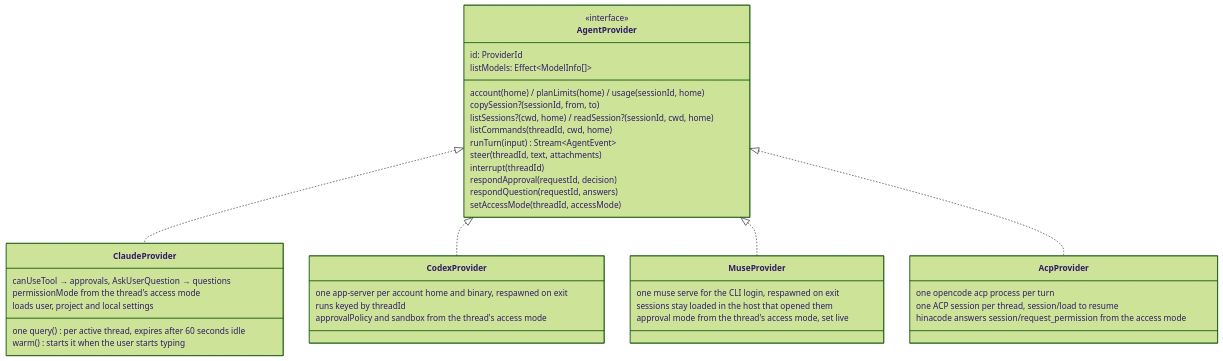
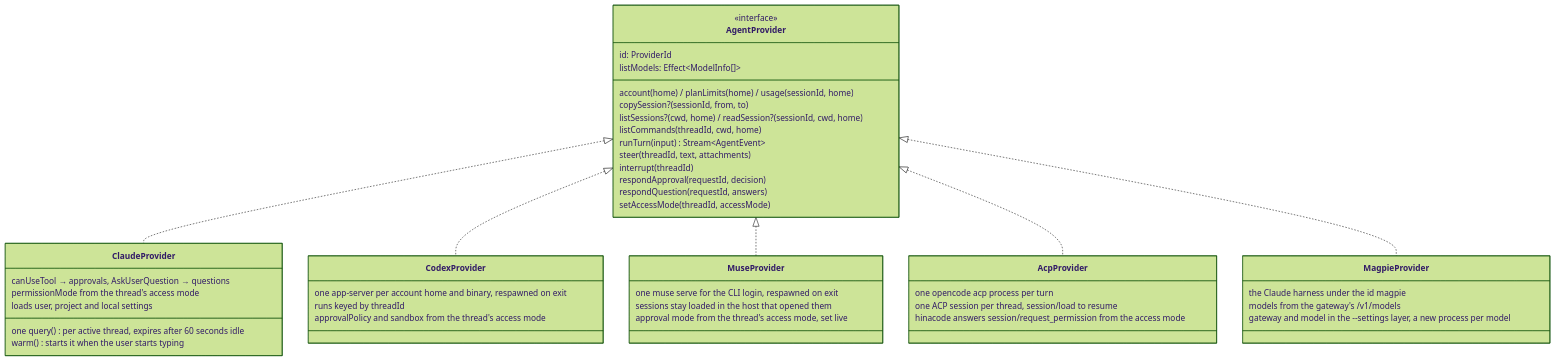
The fifth of 19 diagrams in docs/arch.md (hinadev-ai/hinacode), drawn with Mermaid (forest theme) before and after one commit. The commit also changed other lines of this file and 4 other files, not shown here.

Commit message:
docs: describe the magpie agent

````diff
--- a/docs/arch.md
+++ b/docs/arch.md
@@ -157,44 +157,50 @@
 ```mermaid
 classDiagram
   class AgentProvider {
     <<interface>>
     id: ProviderId
     listModels: Effect~ModelInfo[]~
     account(home) / planLimits(home) / usage(sessionId, home)
     copySession?(sessionId, from, to)
     listSessions?(cwd, home) / readSession?(sessionId, cwd, home)
     listCommands(threadId, cwd, home)
     runTurn(input) Stream~AgentEvent~
     steer(threadId, text, attachments)
     interrupt(threadId)
     respondApproval(requestId, decision)
     respondQuestion(requestId, answers)
     setAccessMode(threadId, accessMode)
   }
   class ClaudeProvider {
     one query() per active thread, expires after 60 seconds idle
     warm() starts it when the user starts typing
     canUseTool → approvals, AskUserQuestion → questions
     permissionMode from the thread's access mode
     loads user, project and local settings
   }
+  class MagpieProvider {
+    the Claude harness under the id magpie
+    models from the gateway's /v1/models
+    gateway and model in the --settings layer, a new process per model
+  }
   class CodexProvider {
     one app-server per account home and binary, respawned on exit
     runs keyed by threadId
     approvalPolicy and sandbox from the thread's access mode
   }
   class MuseProvider {
     one muse serve for the CLI login, respawned on exit
     sessions stay loaded in the host that opened them
     approval mode from the thread's access mode, set live
   }
   class AcpProvider {
     one opencode acp process per turn
     one ACP session per thread, session/load to resume
     hinacode answers session/request_permission from the access mode
   }
   AgentProvider <|.. ClaudeProvider
   AgentProvider <|.. CodexProvider
   AgentProvider <|.. MuseProvider
   AgentProvider <|.. AcpProvider
+  AgentProvider <|.. MagpieProvider
 ```
````
